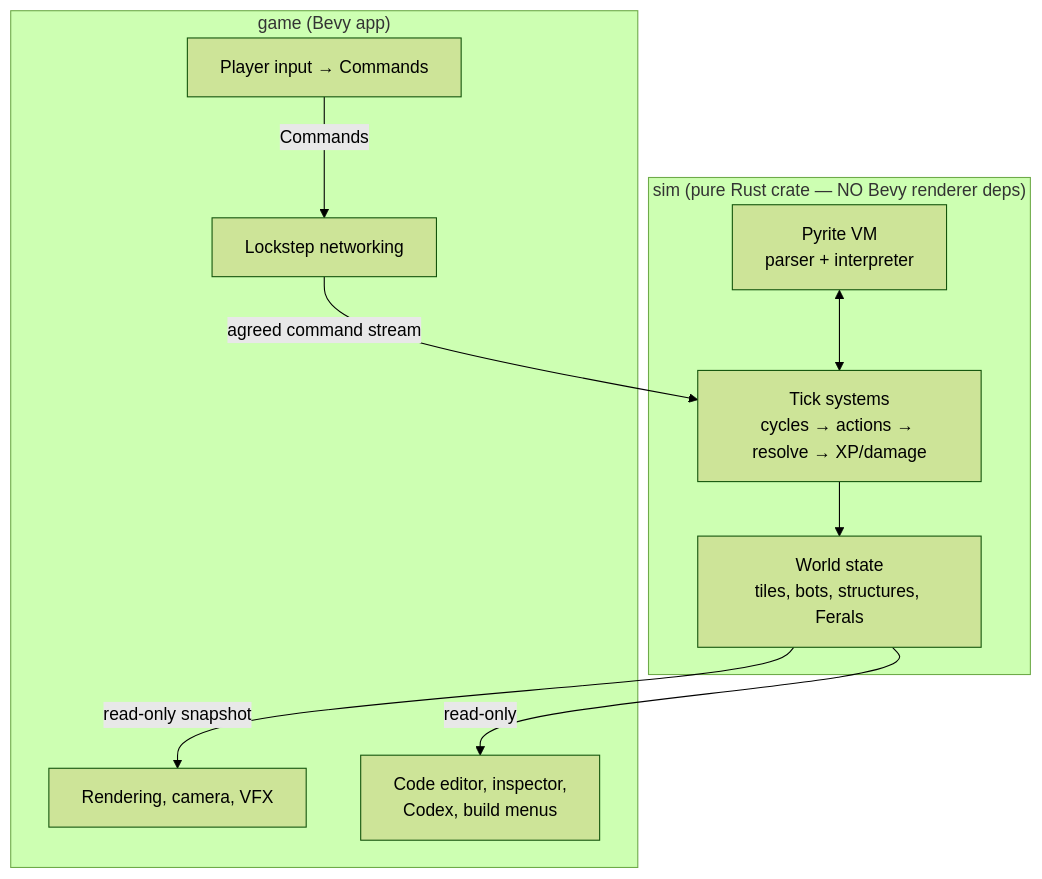
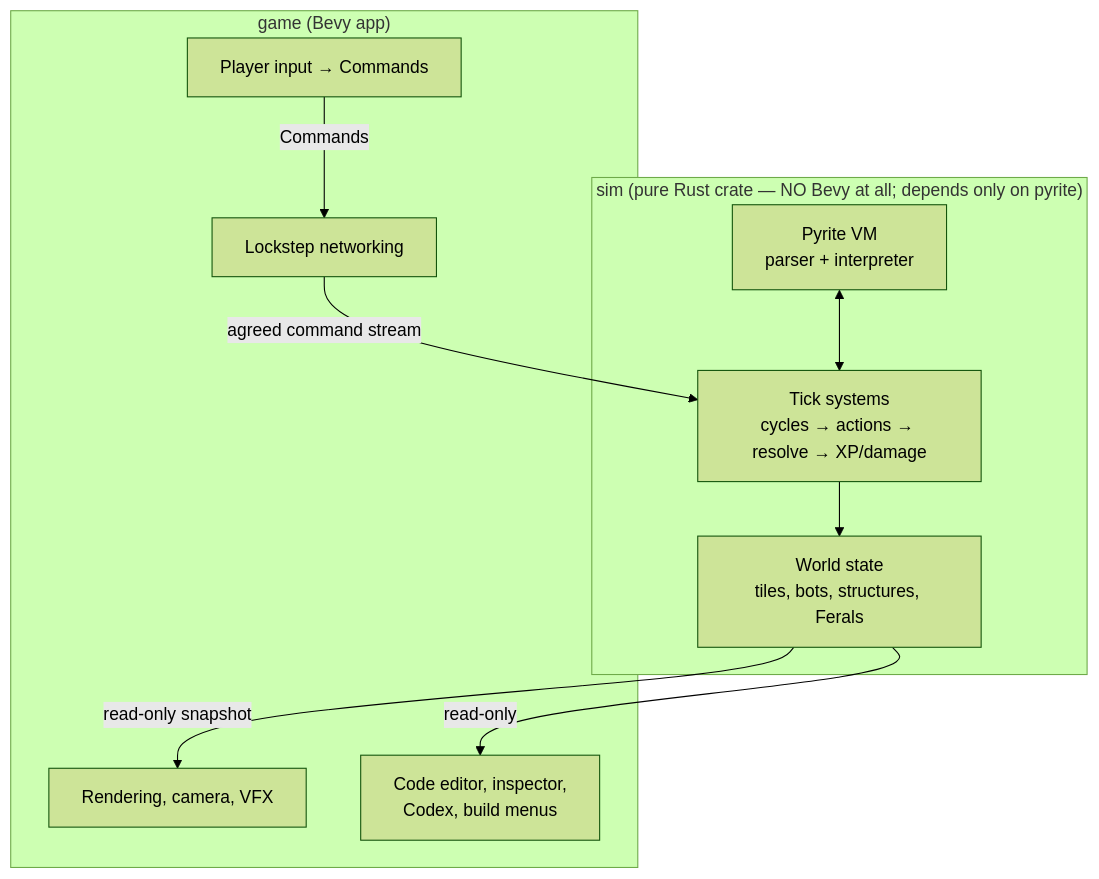
The first of 2 diagrams in docs/07-architecture.md (mmmtastymmm/programming-game-planned), drawn with Mermaid (forest theme) before and after one commit. The commit also changed other lines of this file and 11 other files, not shown here.

````diff
--- a/docs/07-architecture.md
+++ b/docs/07-architecture.md
@@ -7,22 +7,22 @@
 ```mermaid
 flowchart TD
-    subgraph SimCrate["sim (pure Rust crate — NO Bevy renderer deps)"]
+    subgraph SimCrate["sim (pure Rust crate — NO Bevy at all; depends only on pyrite)"]
         VM[Pyrite VM<br/>parser + interpreter]
         WORLD[World state<br/>tiles, bots, structures, Ferals]
         SYS[Tick systems<br/>cycles → actions → resolve → XP/damage]
     end
 
     subgraph GameCrate["game (Bevy app)"]
         NET[Lockstep networking]
         REND[Rendering, camera, VFX]
         UI[Code editor, inspector,<br/>Codex, build menus]
         INPUT[Player input → Commands]
     end
 
     INPUT -->|Commands| NET
     NET -->|agreed command stream| SYS
     SYS --> WORLD
     VM <--> SYS
     WORLD -->|read-only snapshot| REND
     WORLD -->|read-only| UI
 ```
````
